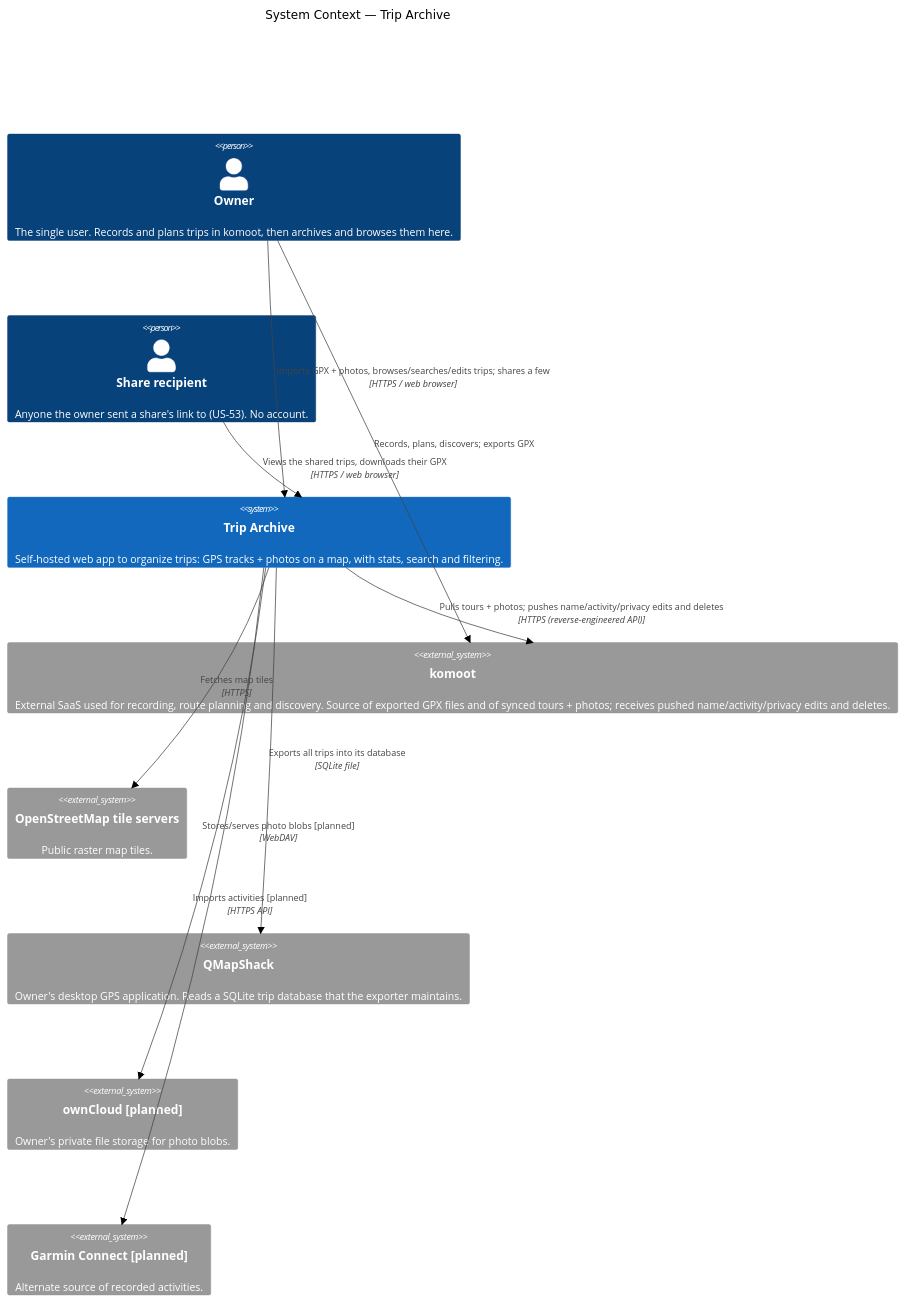
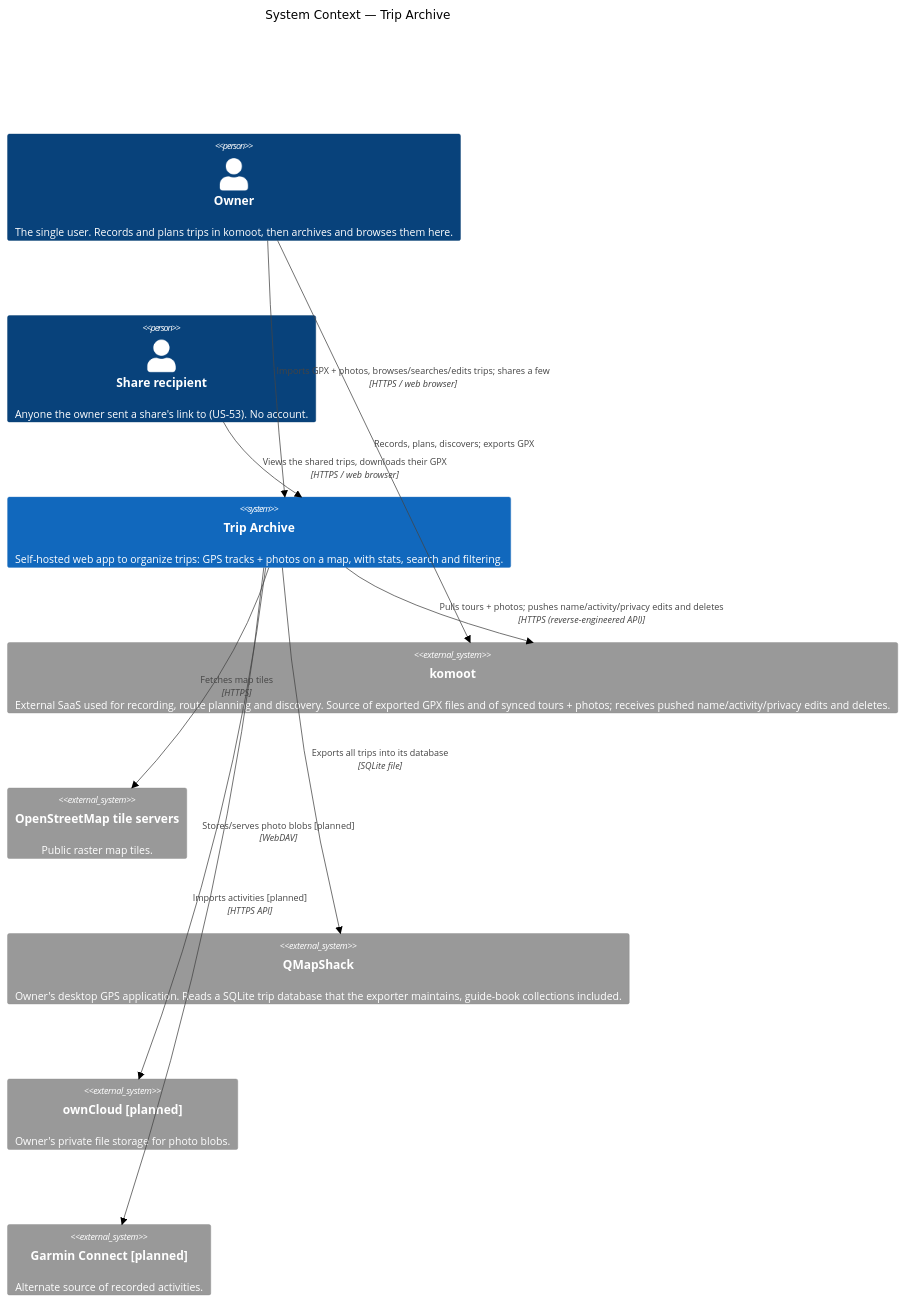
Before and after one commit to andreasholzner/gps-trips: the first of 4 diagrams in docs/architecture.md, drawn with Mermaid (neutral theme). The commit also changed other lines of this file and 10 other files, not shown here.

Commit message:
US-89: List every collection with its tracks and waypoints for the QMapShack export

````diff
--- a/docs/architecture.md
+++ b/docs/architecture.md
@@ -37,26 +37,26 @@
 ```mermaid
 C4Context
     title System Context — Trip Archive
 
     Person(owner, "Owner", "The single user. Records and plans trips in komoot, then archives and browses them here.")
     Person(recipient, "Share recipient", "Anyone the owner sent a share's link to (US-53). No account.")
 
     System(tripArchive, "Trip Archive", "Self-hosted web app to organize trips: GPS tracks + photos on a map, with stats, search and filtering.")
 
     System_Ext(komoot, "komoot", "External SaaS used for recording, route planning and discovery. Source of exported GPX files and of synced tours + photos; receives pushed name/activity/privacy edits and deletes.")
     System_Ext(osm, "OpenStreetMap tile servers", "Public raster map tiles.")
-    System_Ext(qms, "QMapShack", "Owner's desktop GPS application. Reads a SQLite trip database that the exporter maintains.")
+    System_Ext(qms, "QMapShack", "Owner's desktop GPS application. Reads a SQLite trip database that the exporter maintains, guide-book collections included.")
     System_Ext(owncloud, "ownCloud [planned]", "Owner's private file storage for photo blobs.")
     System_Ext(garmin, "Garmin Connect [planned]", "Alternate source of recorded activities.")
 
     Rel(owner, komoot, "Records, plans, discovers; exports GPX")
     Rel(owner, tripArchive, "Imports GPX + photos, browses/searches/edits trips; shares a few", "HTTPS / web browser")
     Rel(recipient, tripArchive, "Views the shared trips, downloads their GPX", "HTTPS / web browser")
     Rel(tripArchive, osm, "Fetches map tiles", "HTTPS")
     Rel(tripArchive, owncloud, "Stores/serves photo blobs [planned]", "WebDAV")
     Rel(tripArchive, garmin, "Imports activities [planned]", "HTTPS API")
     Rel(tripArchive, komoot, "Pulls tours + photos; pushes name/activity/privacy edits and deletes", "HTTPS (reverse-engineered API)")
     Rel(tripArchive, qms, "Exports all trips into its database", "SQLite file")
 
     UpdateLayoutConfig($c4ShapeInRow="2", $c4BoundaryInRow="1")
 ```
````
